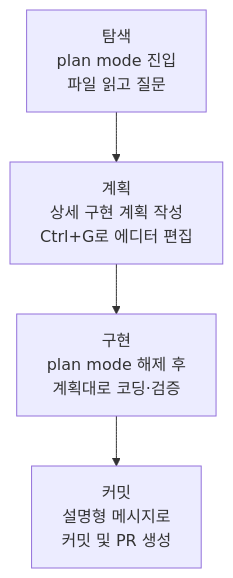
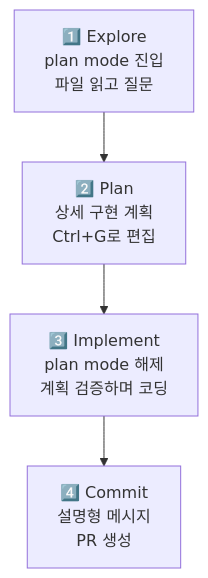
The diagram in docs-site/content/ko/claude-code/agentic/best-practices.md (modu-ai/moai-adk), drawn with Mermaid before and after one commit. The commit also changed other lines of this file and 2 other files, not shown here.

````diff
--- a/docs-site/content/ko/claude-code/agentic/best-practices.md
+++ b/docs-site/content/ko/claude-code/agentic/best-practices.md
@@ -44,6 +38,6 @@
 ```mermaid
 flowchart TD
-    A[탐색<br/>plan mode 진입<br/>파일 읽고 질문] --> B[계획<br/>상세 구현 계획 작성<br/>Ctrl+G로 에디터 편집]
-    B --> C[구현<br/>plan mode 해제 후<br/>계획대로 코딩·검증]
-    C --> D[커밋<br/>설명형 메시지로<br/>커밋 및 PR 생성]
+    A["1️⃣ Explore<br/>plan mode 진입<br/>파일 읽고 질문"] --> B["2️⃣ Plan<br/>상세 구현 계획<br/>Ctrl+G로 편집"]
+    B --> C["3️⃣ Implement<br/>plan mode 해제<br/>계획 검증하며 코딩"]
+    C --> D["4️⃣ Commit<br/>설명형 메시지<br/>PR 생성"]
 ```
````
